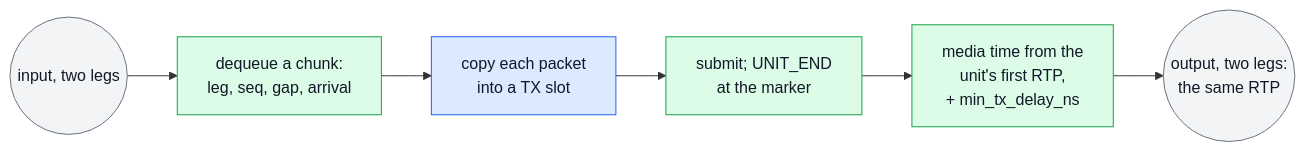
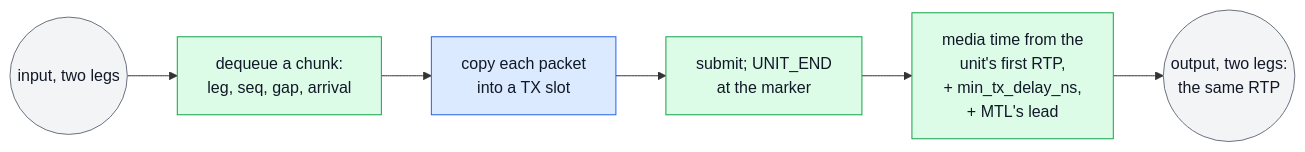
The ninth of 25 diagrams in doc/unified-api/examples.md (OpenVisualCloud/Media-Transport-Library), drawn with Mermaid before and after one commit. The commit also changed other lines of this file and 58 other files, not shown here.

````diff
--- a/doc/unified-api/examples.md
+++ b/doc/unified-api/examples.md
@@ -1154,11 +1168,11 @@
 ```mermaid
 flowchart LR
     N(("input, two legs")):::net --> D["dequeue a chunk:<br/>leg, seq, gap, arrival"]:::mtl
     D --> C["copy each packet<br/>into a TX slot"]:::app
     C --> S["submit; UNIT_END<br/>at the marker"]:::mtl
-    S --> T["media time from the<br/>unit's first RTP,<br/>+ min_tx_delay_ns"]:::mtl
+    S --> T["media time from the<br/>unit's first RTP,<br/>+ min_tx_delay_ns,<br/>+ MTL's lead"]:::mtl
     T --> W(("output, two legs:<br/>the same RTP")):::net
     classDef app fill:#dbeafe,stroke:#2563eb,color:#111827
     classDef mtl fill:#dcfce7,stroke:#16a34a,color:#111827
     classDef net fill:#f3f4f6,stroke:#6b7280,color:#111827
 ```
````
